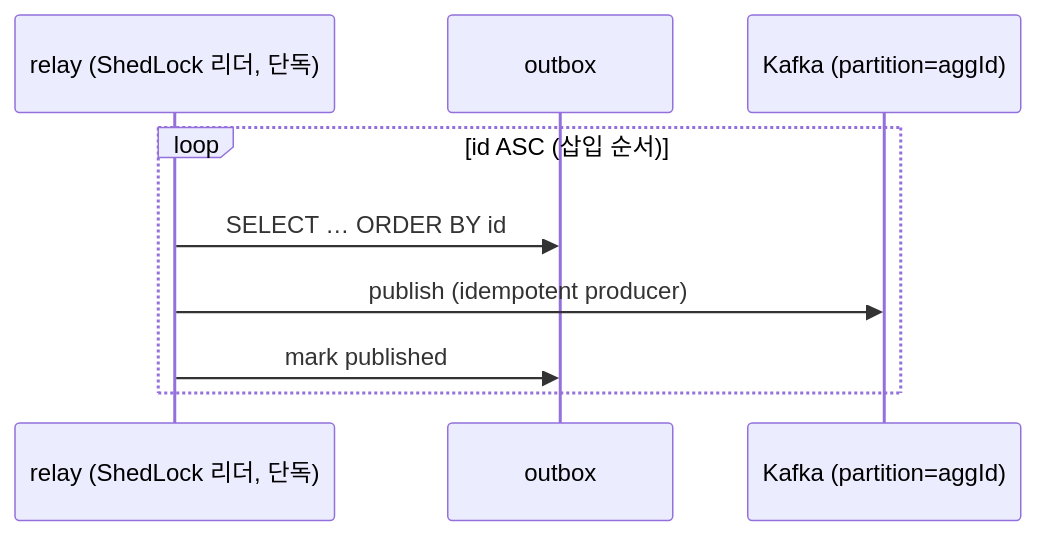
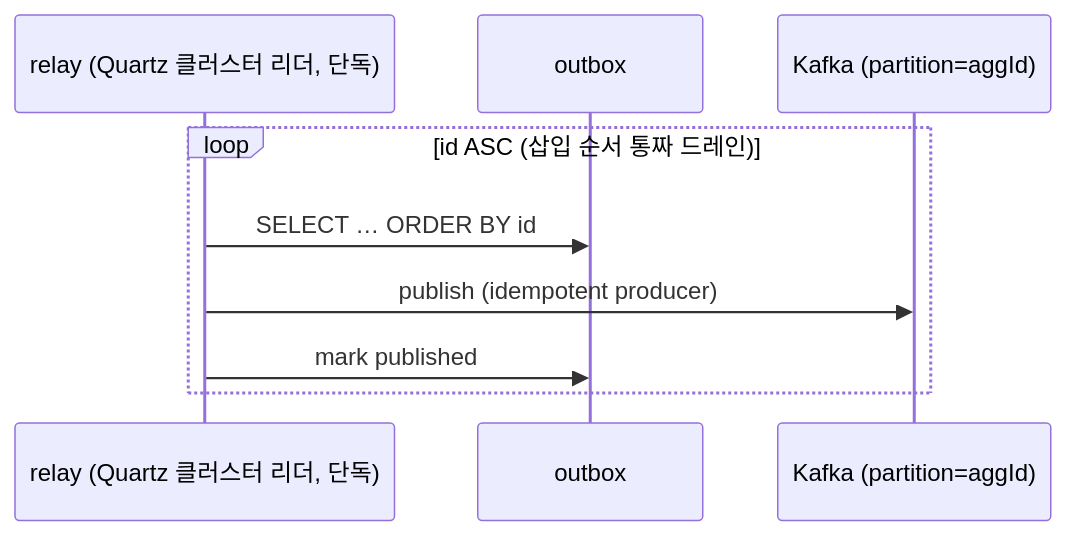
One commit to newkayak12/prototype-reservation-system changed the first of 2 diagrams in docs/v2/design_doc/DESIGN-020-ordering-and-failure-handling.md. Above: the diagram before and after it, drawn with Mermaid. The commit also changed other lines of this file and 52 other files, not shown here.

````diff
--- a/docs/v2/design_doc/DESIGN-020-ordering-and-failure-handling.md
+++ b/docs/v2/design_doc/DESIGN-020-ordering-and-failure-handling.md
@@ -25,11 +27,11 @@
 ```mermaid
 sequenceDiagram
-    participant R as relay (ShedLock 리더, 단독)
+    participant R as relay (Quartz 클러스터 리더, 단독)
     participant O as outbox
     participant K as Kafka (partition=aggId)
-    loop id ASC (삽입 순서)
+    loop id ASC (삽입 순서 통짜 드레인)
         R->>O: SELECT … ORDER BY id
         R->>K: publish (idempotent producer)
         R->>O: mark published
     end
 ```
````
